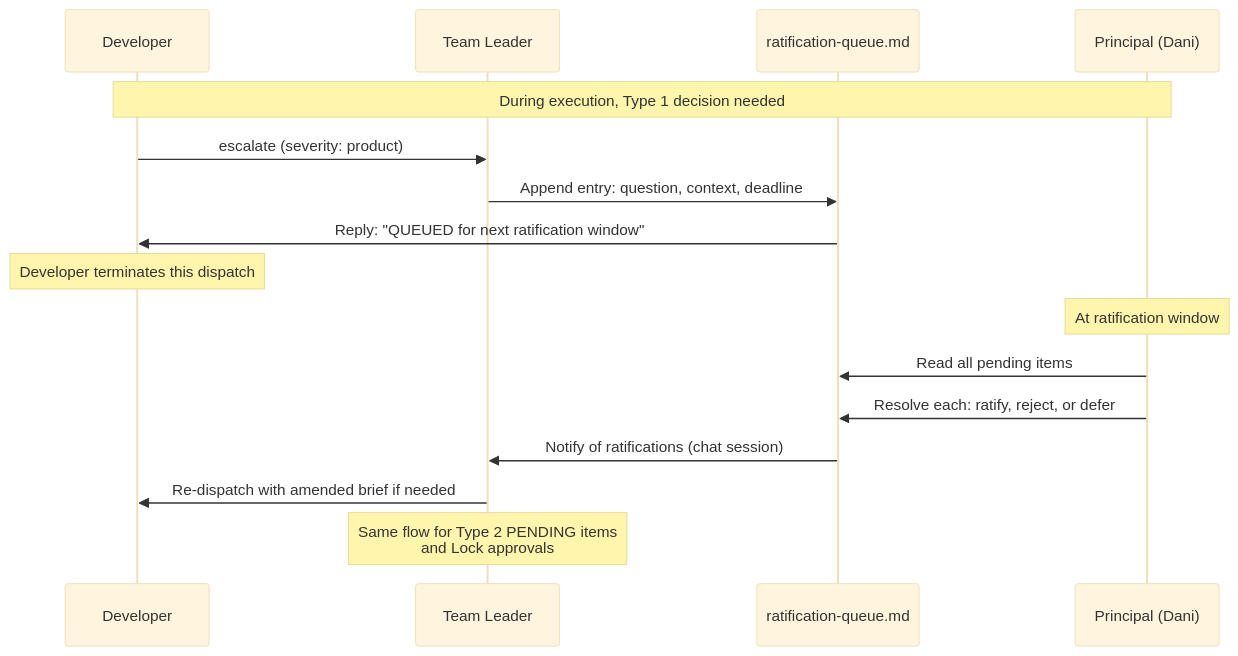
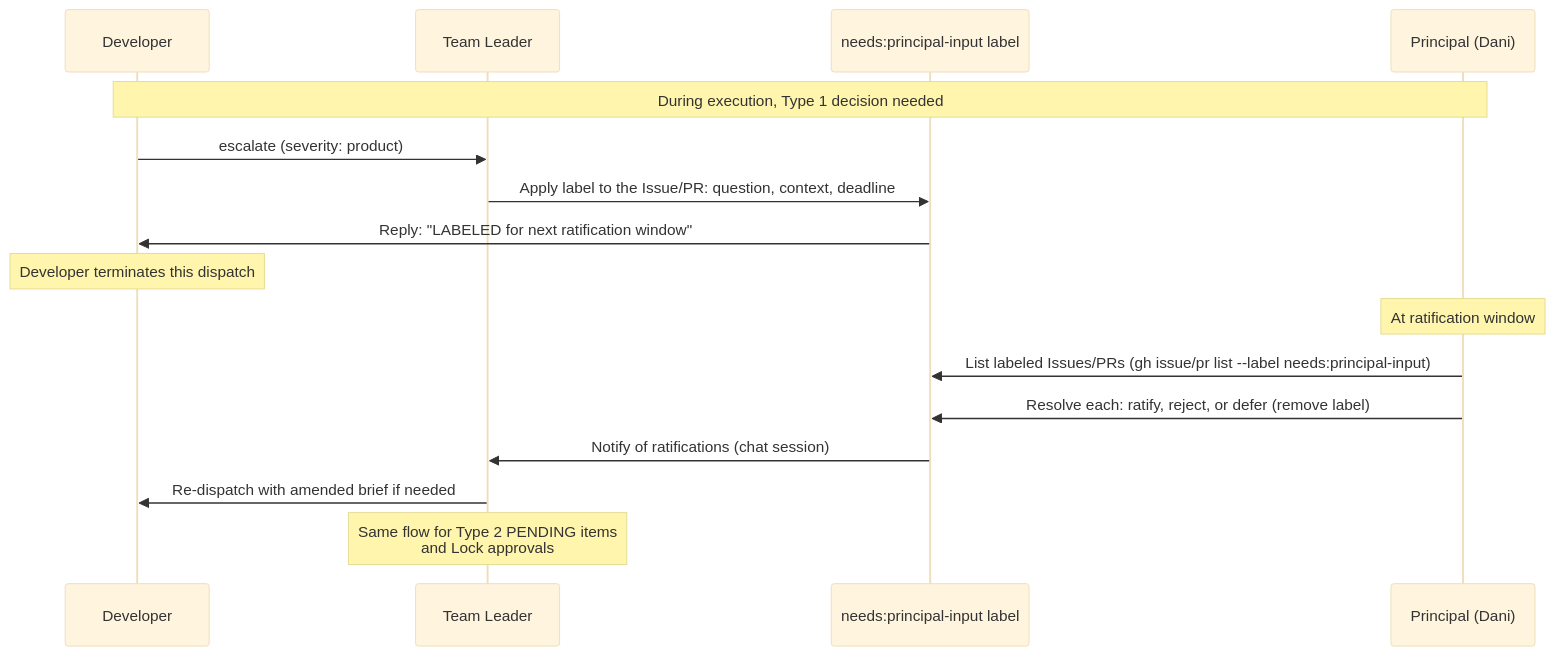
One commit to atta-labs/attalabs changed the fourth of 6 diagrams in aeg-root/diagrams/process-flow.md. Above: the diagram before and after it, drawn with Mermaid (base theme). The commit also changed other lines of this file and 46 other files, not shown here.

First line of the commit message:
Docs(aeg): Delete changelog + ratification-queue, fix references

````diff
--- a/aeg-root/diagrams/process-flow.md
+++ b/aeg-root/diagrams/process-flow.md
@@ -253,24 +253,24 @@
 ```mermaid
 sequenceDiagram
     participant Dev as Developer
     participant TL as Team Leader
-    participant Queue as ratification-queue.md
+    participant Label as needs:principal-input label
     participant Princ as Principal (Dani)
 
     Note over Dev,Princ: During execution, Type 1 decision needed
 
     Dev->>TL: escalate (severity: product)
-    TL->>Queue: Append entry: question, context, deadline
-    Queue->>Dev: Reply: "QUEUED for next ratification window"
+    TL->>Label: Apply label to the Issue/PR: question, context, deadline
+    Label->>Dev: Reply: "LABELED for next ratification window"
 
     Note over Dev: Developer terminates this dispatch
 
     Note over Princ: At ratification window
 
-    Princ->>Queue: Read all pending items
-    Princ->>Queue: Resolve each: ratify, reject, or defer
-    Queue->>TL: Notify of ratifications (chat session)
+    Princ->>Label: List labeled Issues/PRs (gh issue/pr list --label needs:principal-input)
+    Princ->>Label: Resolve each: ratify, reject, or defer (remove label)
+    Label->>TL: Notify of ratifications (chat session)
     TL->>Dev: Re-dispatch with amended brief if needed
 
     Note over TL: Same flow for Type 2 PENDING items<br/>and Lock approvals
 ```
````
